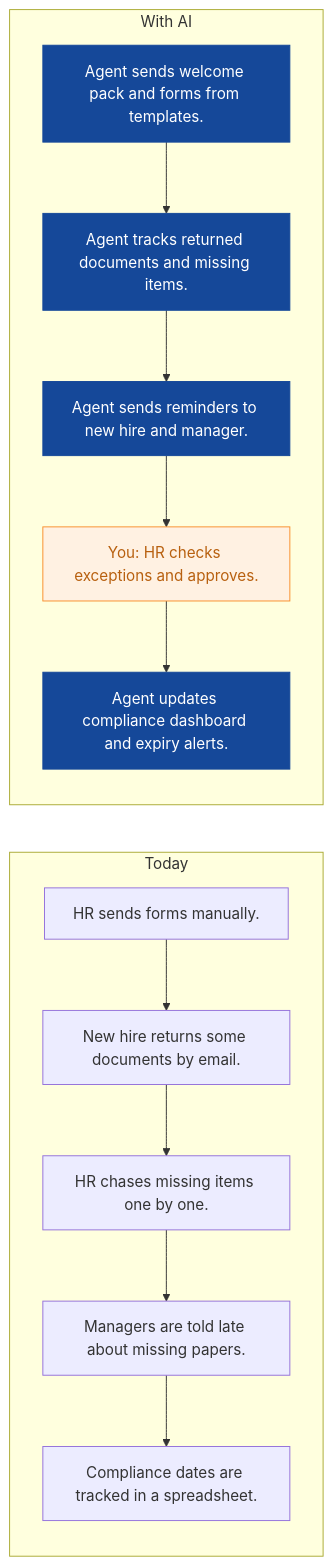
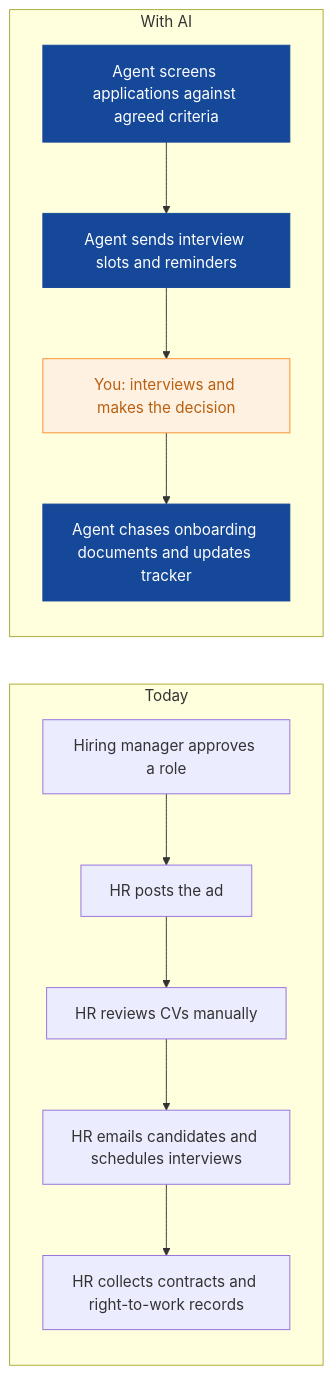
Before and after one commit to nexibeo/Complete-AI-Strategy: the eighth of 8 diagrams in strategies/saffron-table-group.md, drawn with Mermaid. The commit also changed other lines of this file and 26 other files, not shown here.

````diff
--- a/strategies/saffron-table-group.md
+++ b/strategies/saffron-table-group.md
@@ -281,23 +249,22 @@
 ```mermaid
 flowchart LR
   subgraph Today
-    B0["HR sends forms manually."]
-    B1["New hire returns some documents by email."]
-    B2["HR chases missing items one by one."]
-    B3["Managers are told late about missing papers."]
-    B4["Compliance dates are tracked in a spreadsheet."]
+    B0["Hiring manager approves a role"]
+    B1["HR posts the ad"]
+    B2["HR reviews CVs manually"]
+    B3["HR emails candidates and schedules interviews"]
+    B4["HR collects contracts and right-to-work records"]
     B0 --> B1 --> B2 --> B3 --> B4
   end
   subgraph WithAI[With AI]
-    A0["Agent sends welcome pack and forms from templates."]
-    A1["Agent tracks returned documents and missing items."]
-    A2["Agent sends reminders to new hire and manager."]
-    A3["You: HR checks exceptions and approves."]
-    A4["Agent updates compliance dashboard and expiry alerts."]
-    A0 --> A1 --> A2 --> A3 --> A4
+    A0["Agent screens applications against agreed criteria"]
+    A1["Agent sends interview slots and reminders"]
+    A2["You: interviews and makes the decision"]
+    A3["Agent chases onboarding documents and updates tracker"]
+    A0 --> A1 --> A2 --> A3
   end
   classDef ai fill:#154899,color:#fff,stroke:#154899
   classDef human fill:#FFF1E2,color:#B8600F,stroke:#F98F2C
-  class A0,A1,A2,A4 ai
-  class A3 human
+  class A0,A1,A3 ai
+  class A2 human
 ```
````
